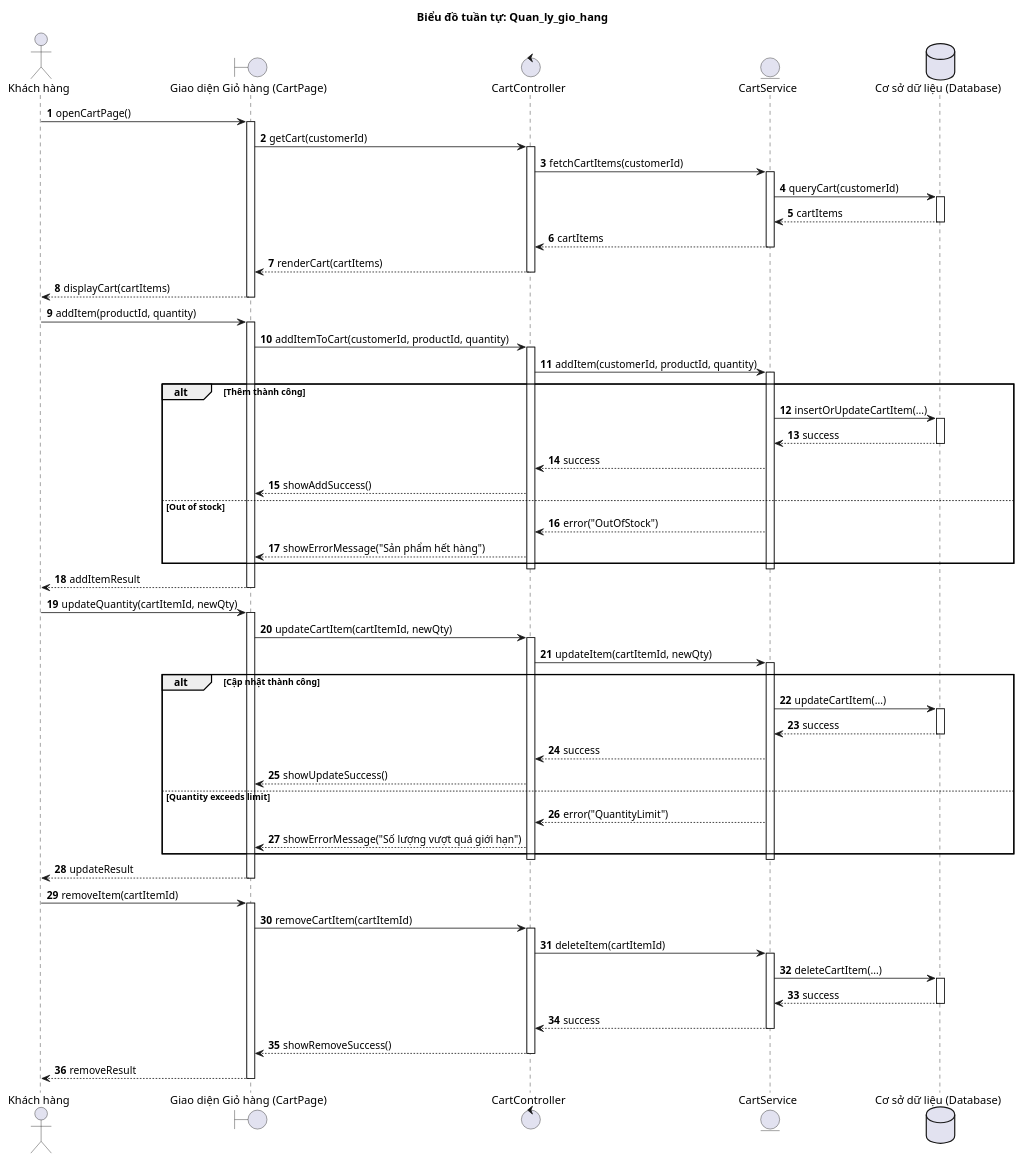
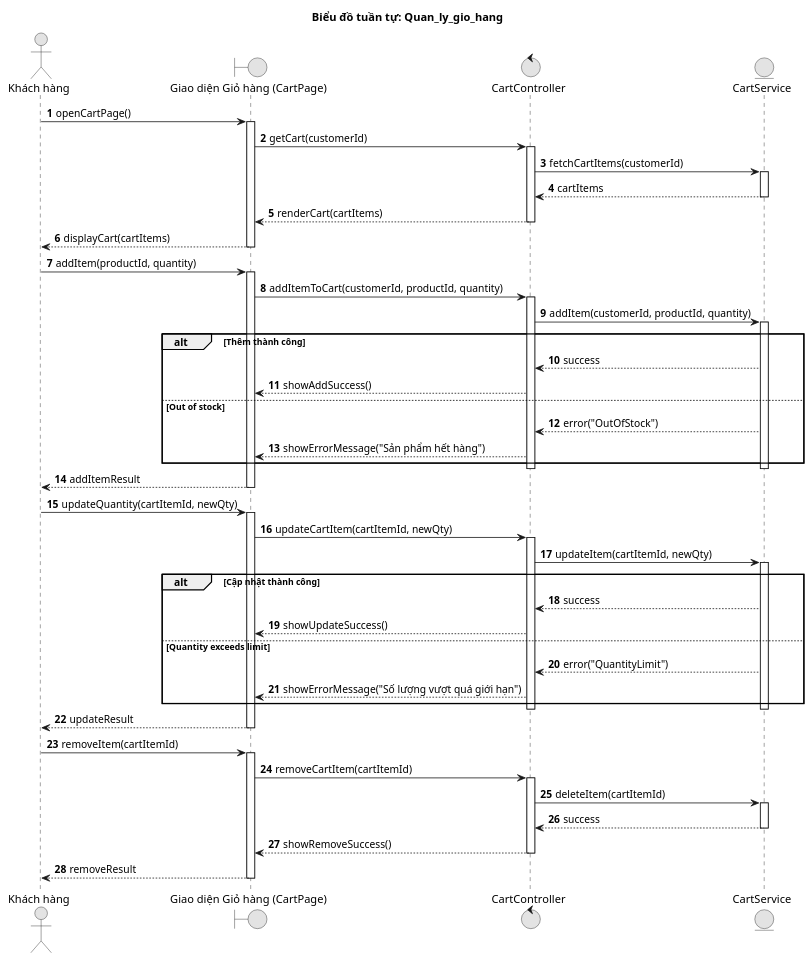
One commit to Ngo-The-Dat/e-voucher-system changed the diagram in doc/sequence/KhachHang/SQ7_Quan_ly_gio_hang.wsd. Above: the diagram before and after it, drawn with PlantUML. The commit also changed 3 other files, not shown here.

Commit message:
docs: add sequence diagrams for customer rating, voucher management, cart operations, and order creation

```diff
--- a/doc/sequence/KhachHang/SQ7_Quan_ly_gio_hang.wsd
+++ b/doc/sequence/KhachHang/SQ7_Quan_ly_gio_hang.wsd
@@ -1,92 +1,78 @@
 @startuml
 title Biểu đồ tuần tự: Quan_ly_gio_hang
 
 autonumber
+skinparam monochrome true
+skinparam shadowing false
+
 actor "Khách hàng" as KH
 boundary "Giao diện Giỏ hàng (CartPage)" as UI
 control "CartController" as Controller
 entity "CartService" as Service
-database "Cơ sở dữ liệu (Database)" as DB
 
 '--- View cart ---
 KH -> UI : openCartPage()
 activate UI
 UI -> Controller : getCart(customerId)
 activate Controller
 Controller -> Service : fetchCartItems(customerId)
 activate Service
-Service -> DB : queryCart(customerId)
-activate DB
-DB --> Service : cartItems
-deactivate DB
 Service --> Controller : cartItems
 deactivate Service
 Controller --> UI : renderCart(cartItems)
 deactivate Controller
 UI --> KH : displayCart(cartItems)
 deactivate UI
 
 '--- Add item to cart ---
 KH -> UI : addItem(productId, quantity)
 activate UI
 UI -> Controller : addItemToCart(customerId, productId, quantity)
 activate Controller
 Controller -> Service : addItem(customerId, productId, quantity)
 activate Service
 alt Thêm thành công
-    Service -> DB : insertOrUpdateCartItem(...)
-    activate DB
-    DB --> Service : success
-    deactivate DB
     Service --> Controller : success
     Controller --> UI : showAddSuccess()
 else Out of stock
     Service --> Controller : error("OutOfStock")
     Controller --> UI : showErrorMessage("Sản phẩm hết hàng")
 end
 deactivate Service
 deactivate Controller
 UI --> KH : addItemResult
 deactivate UI
 
 '--- Update quantity ---
 KH -> UI : updateQuantity(cartItemId, newQty)
 activate UI
 UI -> Controller : updateCartItem(cartItemId, newQty)
 activate Controller
 Controller -> Service : updateItem(cartItemId, newQty)
 activate Service
 alt Cập nhật thành công
-    Service -> DB : updateCartItem(...)
-    activate DB
-    DB --> Service : success
-    deactivate DB
     Service --> Controller : success
     Controller --> UI : showUpdateSuccess()
 else Quantity exceeds limit
     Service --> Controller : error("QuantityLimit")
     Controller --> UI : showErrorMessage("Số lượng vượt quá giới hạn")
 end
 deactivate Service
 deactivate Controller
 UI --> KH : updateResult
 deactivate UI
 
 '--- Remove item ---
 KH -> UI : removeItem(cartItemId)
 activate UI
 UI -> Controller : removeCartItem(cartItemId)
 activate Controller
 Controller -> Service : deleteItem(cartItemId)
 activate Service
-Service -> DB : deleteCartItem(...)
-activate DB
-DB --> Service : success
-deactivate DB
 Service --> Controller : success
 deactivate Service
 Controller --> UI : showRemoveSuccess()
 deactivate Controller
 UI --> KH : removeResult
 deactivate UI
 @enduml
```
